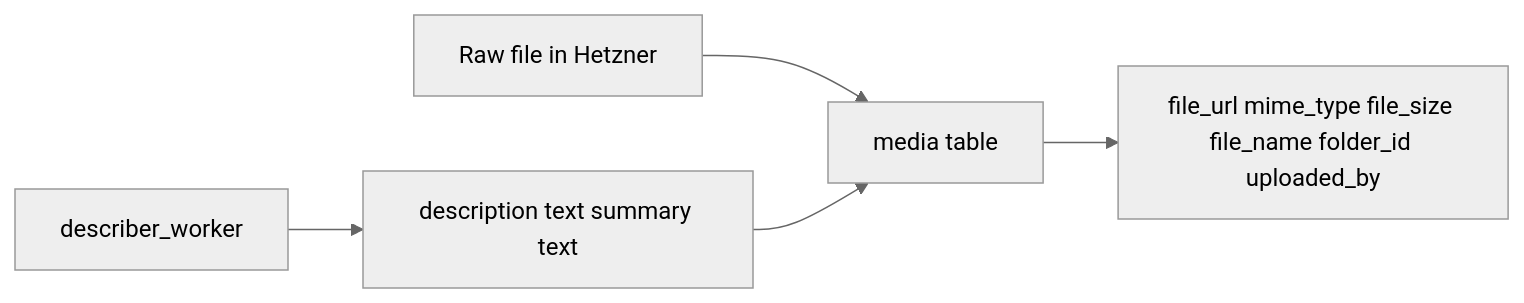
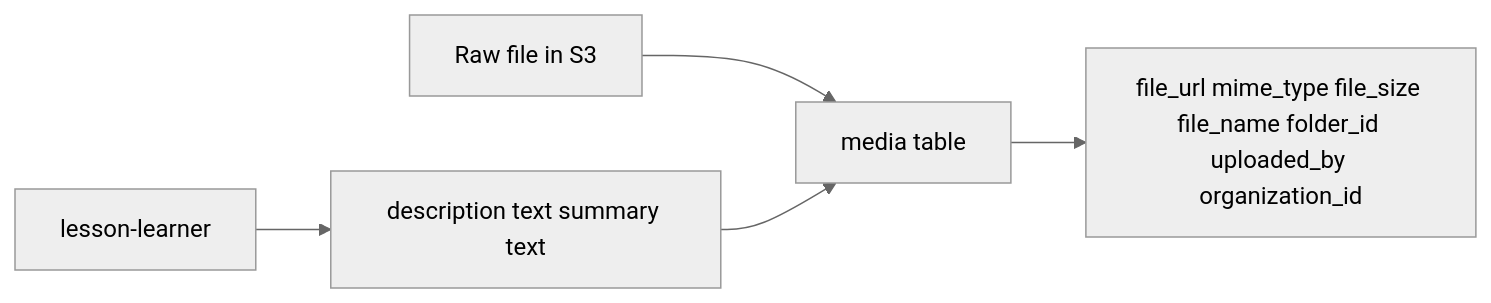
One commit to BasselSallam2/teacher-mock changed the fifth of 7 diagrams in docs/architecture/02-media-describer-flow.md. Above: the diagram before and after it, drawn with Mermaid (neutral theme). The commit also changed other lines of this file and 10 other files, not shown here.

Commit message:
Enhance README and add system overview documentation; update media handling and lesson planning architecture. Introduce nested media folders and clarify production stack details.

````diff
--- a/docs/architecture/02-media-describer-flow.md
+++ b/docs/architecture/02-media-describer-flow.md
@@ -107,7 +109,7 @@
 ```mermaid
 flowchart LR
-  File["Raw file in Hetzner"] --> MediaRow["media table"]
-  MediaRow --> Fields["file_url mime_type file_size file_name folder_id uploaded_by"]
-  Describer["describer_worker"] --> AIFields["description text summary text"]
+  File["Raw file in S3"] --> MediaRow["media table"]
+  MediaRow --> Fields["file_url mime_type file_size file_name folder_id uploaded_by organization_id"]
+  Learner["lesson-learner"] --> AIFields["description text summary text"]
   AIFields --> MediaRow
 ```
````
